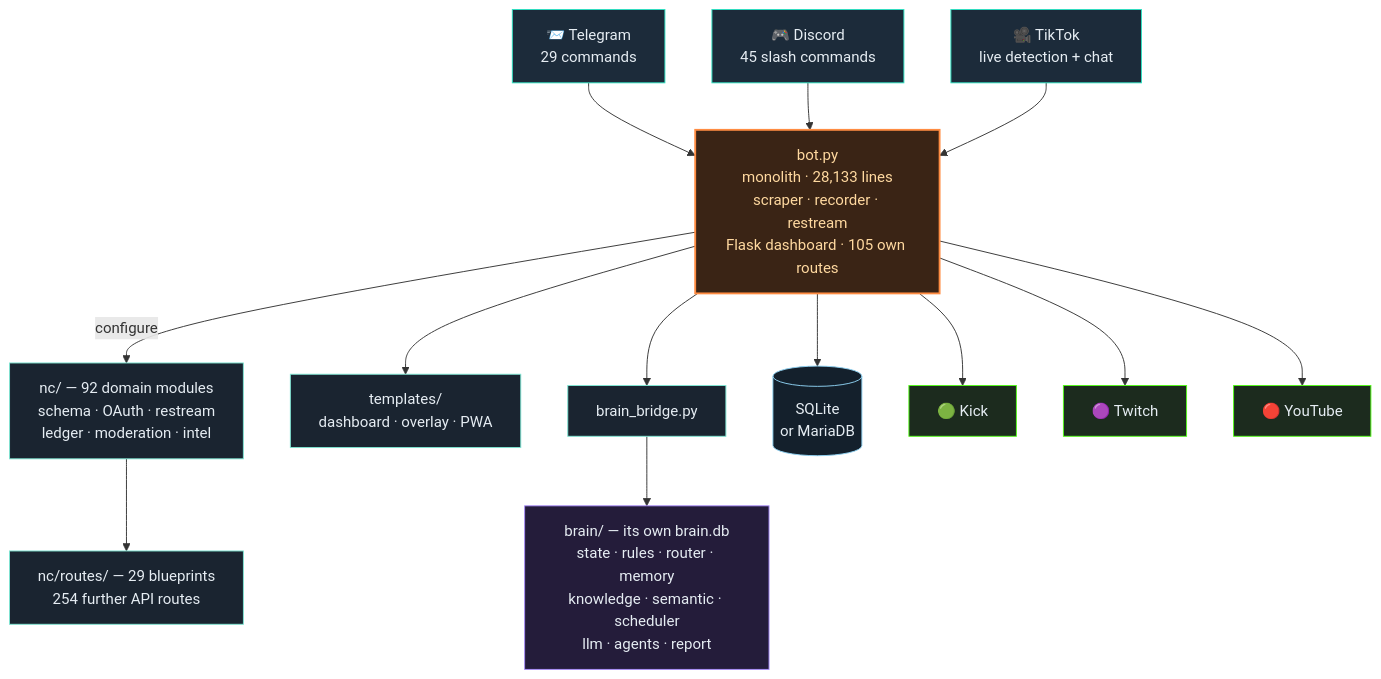
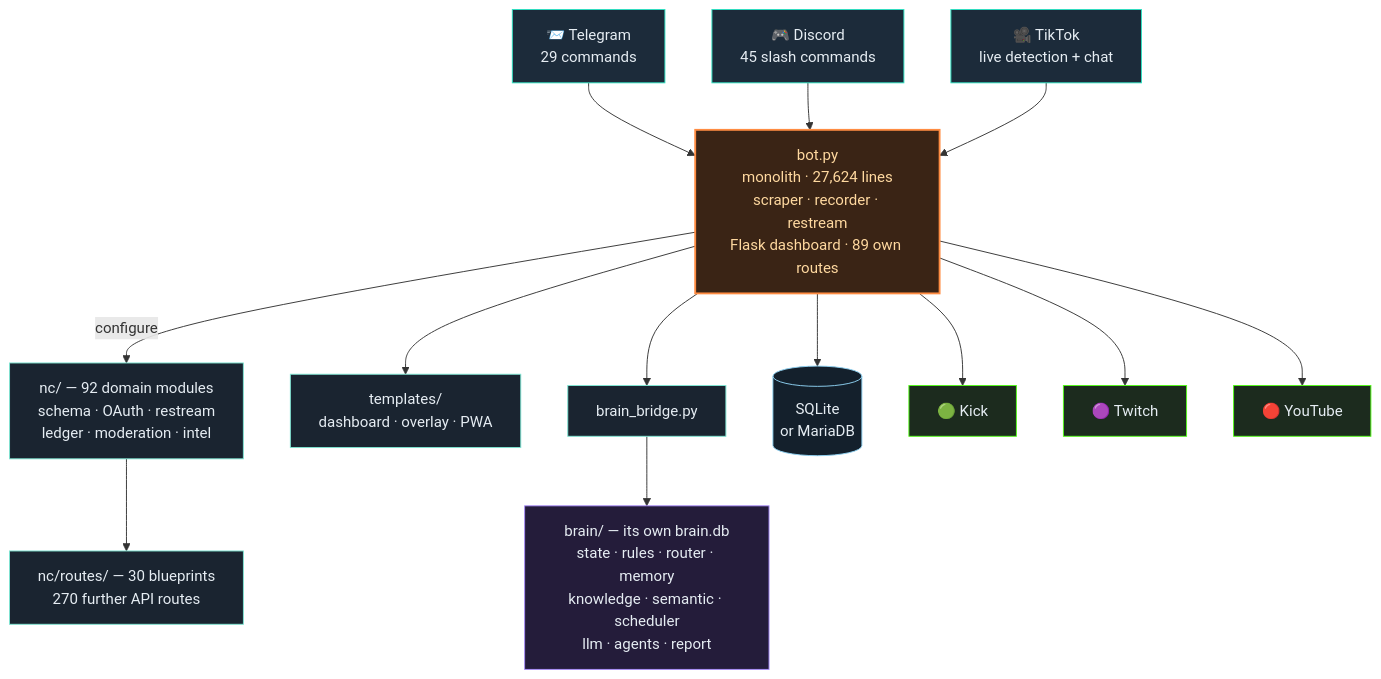
Before and after one commit to itsamemedev/Telegram-Stream-Info-Bot: the third of 4 diagrams in README.en.md, drawn with Mermaid. The commit also changed other lines of this file and 15 other files, not shown here.

First line of the commit message:
/api/restream als Blueprint, Sendeziele mit einer Parse-Regel (v4.1 W22)

````diff
--- a/README.en.md
+++ b/README.en.md
@@ -190,30 +190,30 @@
 ```mermaid
 flowchart TB
     TG["📨 Telegram<br/>29 commands"]:::ein
     DC["🎮 Discord<br/>45 slash commands"]:::ein
     TT["🎥 TikTok<br/>live detection + chat"]:::ein
 
     TG --> BOT
     DC --> BOT
     TT --> BOT
 
-    BOT["bot.py<br/>monolith · 28,133 lines<br/>scraper · recorder · restream<br/>Flask dashboard · 105 own routes"]:::core
+    BOT["bot.py<br/>monolith · 27,624 lines<br/>scraper · recorder · restream<br/>Flask dashboard · 89 own routes"]:::core
 
     BOT -->|configure| NC["nc/ — 92 domain modules<br/>schema · OAuth · restream<br/>ledger · moderation · intel"]:::lib
-    NC --> RT["nc/routes/ — 29 blueprints<br/>254 further API routes"]:::lib
+    NC --> RT["nc/routes/ — 30 blueprints<br/>270 further API routes"]:::lib
     BOT --> TPL["templates/<br/>dashboard · overlay · PWA"]:::lib
     BOT --> BR["brain_bridge.py"]:::lib
     BR --> BRAIN["brain/ — its own brain.db<br/>state · rules · router · memory<br/>knowledge · semantic · scheduler<br/>llm · agents · report"]:::brain
     BOT --> DB[("SQLite<br/>or MariaDB")]:::db
 
     BOT --> KICK["🟢 Kick"]:::out
     BOT --> TW["🟣 Twitch"]:::out
     BOT --> YT["🔴 YouTube"]:::out
 
     classDef ein fill:#1c2b3a,stroke:#2de1c2,color:#e6edf3
     classDef core fill:#3a2415,stroke:#ff8c42,stroke-width:2px,color:#ffd9a0
     classDef lib fill:#1a2430,stroke:#7fe7d4,color:#e6edf3
     classDef brain fill:#241c3a,stroke:#a78bfa,color:#e6edf3
     classDef db fill:#14202c,stroke:#8fd3f4,color:#e6edf3
     classDef out fill:#1c2b1e,stroke:#53fc18,color:#e6edf3
 ```
````
